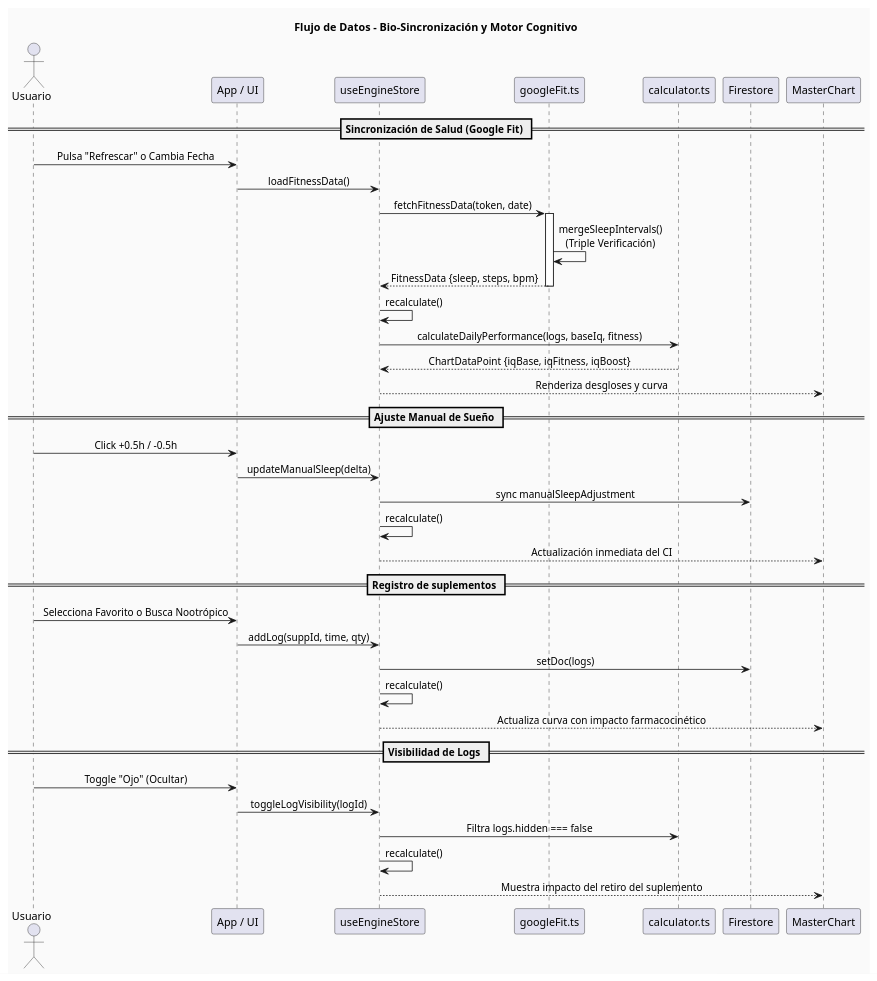
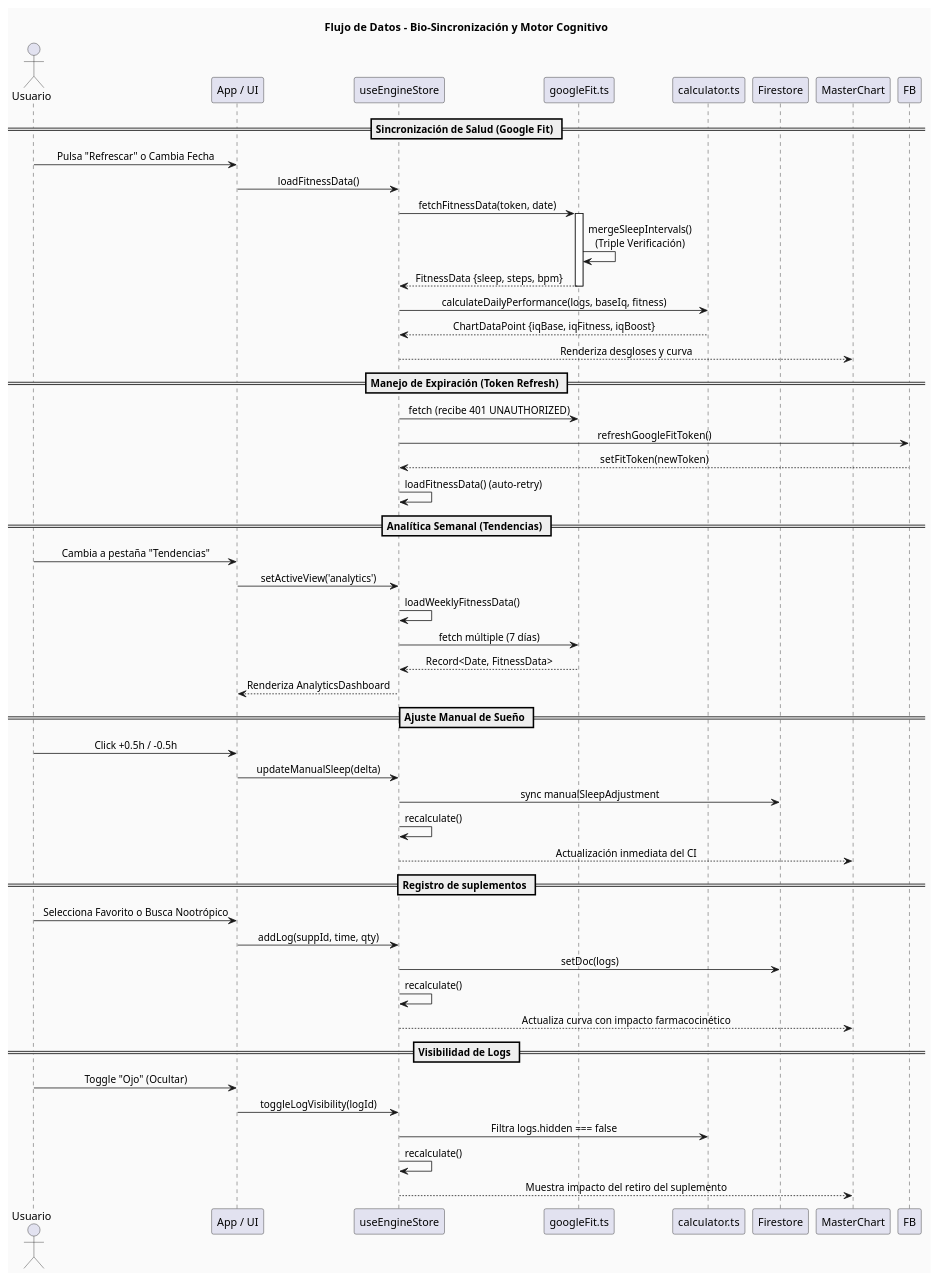
One commit to Camilo-Alberto-Palacio/optimizador-cognitivo changed the diagram in diagramas/dataflow.puml. Above: the diagram before and after it, drawn with PlantUML. The commit also changed 3 other files, not shown here.

```diff
--- a/diagramas/dataflow.puml
+++ b/diagramas/dataflow.puml
@@ -1,50 +1,63 @@
 @startuml DataFlow_v2
 skinparam defaultTextAlignment center
 skinparam backgroundColor #FAFAFA
 title Flujo de Datos - Bio-Sincronización y Motor Cognitivo
 
 actor "Usuario" as User
 participant "App / UI" as UI
 participant "useEngineStore" as Store
 participant "googleFit.ts" as FitService
 participant "calculator.ts" as CalcEngine
 participant "Firestore" as DB
 participant "MasterChart" as View
 
 == Sincronización de Salud (Google Fit) ==
 User -> UI : Pulsa "Refrescar" o Cambia Fecha
 UI -> Store : loadFitnessData()
 Store -> FitService : fetchFitnessData(token, date)
 
 activate FitService
 FitService -> FitService : mergeSleepIntervals()\n(Triple Verificación)
 FitService --> Store : FitnessData {sleep, steps, bpm}
 deactivate FitService
 
-Store -> Store : recalculate()
 Store -> CalcEngine : calculateDailyPerformance(logs, baseIq, fitness)
 CalcEngine --> Store : ChartDataPoint {iqBase, iqFitness, iqBoost}
 Store --> View : Renderiza desgloses y curva
+
+== Manejo de Expiración (Token Refresh) ==
+Store -> FitService : fetch (recibe 401 UNAUTHORIZED)
+Store -> FB : refreshGoogleFitToken()
+FB --> Store : setFitToken(newToken)
+Store -> Store : loadFitnessData() (auto-retry)
+
+== Analítica Semanal (Tendencias) ==
+User -> UI : Cambia a pestaña "Tendencias"
+UI -> Store : setActiveView('analytics')
+Store -> Store : loadWeeklyFitnessData()
+Store -> FitService : fetch múltiple (7 días)
+FitService --> Store : Record<Date, FitnessData>
+Store --> UI : Renderiza AnalyticsDashboard
 
 == Ajuste Manual de Sueño ==
 User -> UI : Click +0.5h / -0.5h
 UI -> Store : updateManualSleep(delta)
 Store -> DB : sync manualSleepAdjustment
 Store -> Store : recalculate()
 Store --> View : Actualización inmediata del CI
 
 == Registro de suplementos ==
 User -> UI : Selecciona Favorito o Busca Nootrópico
 UI -> Store : addLog(suppId, time, qty)
 Store -> DB : setDoc(logs)
 Store -> Store : recalculate()
 Store --> View : Actualiza curva con impacto farmacocinético
 
 == Visibilidad de Logs ==
 User -> UI : Toggle "Ojo" (Ocultar)
 UI -> Store : toggleLogVisibility(logId)
 Store -> CalcEngine : Filtra logs.hidden === false
 Store -> Store : recalculate()
 Store --> View : Muestra impacto del retiro del suplemento
 
 @enduml
```
